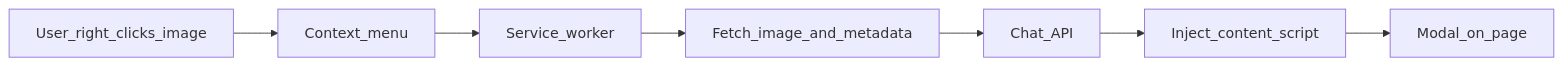
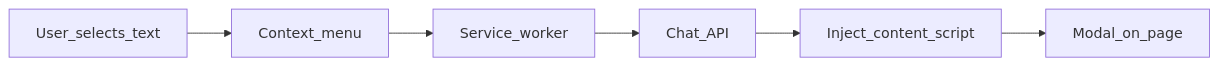
One commit to glaucopater/alelo-extension changed the diagram in README.md. Above: the diagram before and after it, drawn with Mermaid. The commit also changed other lines of this file and 15 other files, not shown here.

````diff
--- a/README.md
+++ b/README.md
@@ -37,15 +23,13 @@
 ```mermaid
 flowchart LR
-  user[User_right_clicks_image]
+  user[User_selects_text]
   menu[Context_menu]
   sw[Service_worker]
-  fetchImg[Fetch_image_and_metadata]
   ollama[Chat_API]
   inject[Inject_content_script]
   modal[Modal_on_page]
 
   user --> menu --> sw
-  sw --> fetchImg
-  fetchImg --> ollama
+  sw --> ollama
   ollama --> inject --> modal
 ```
````
